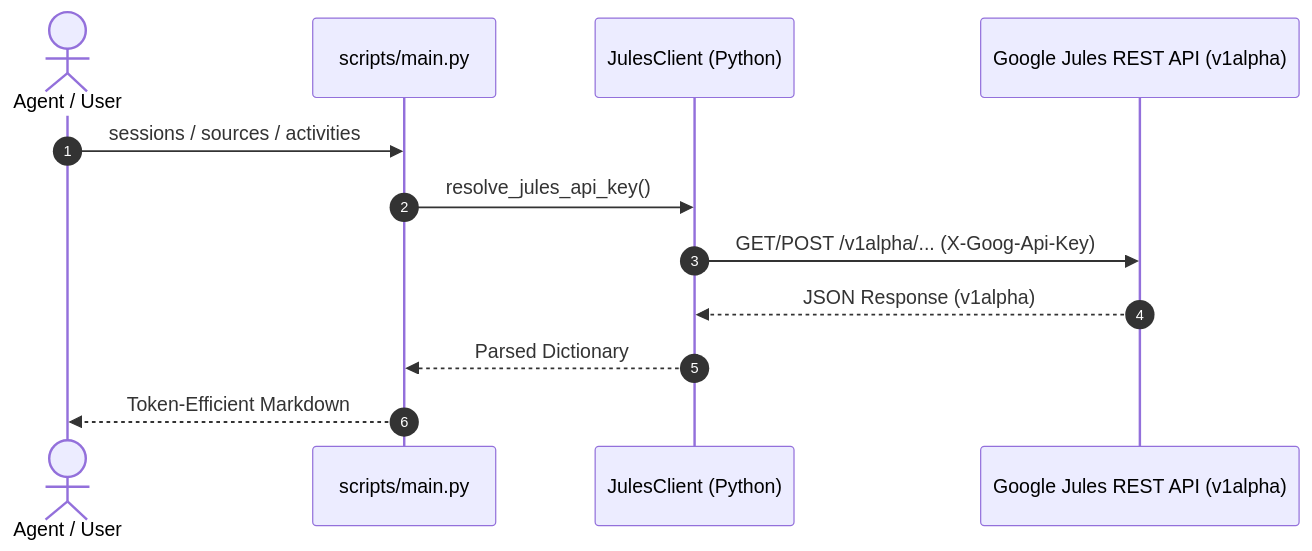
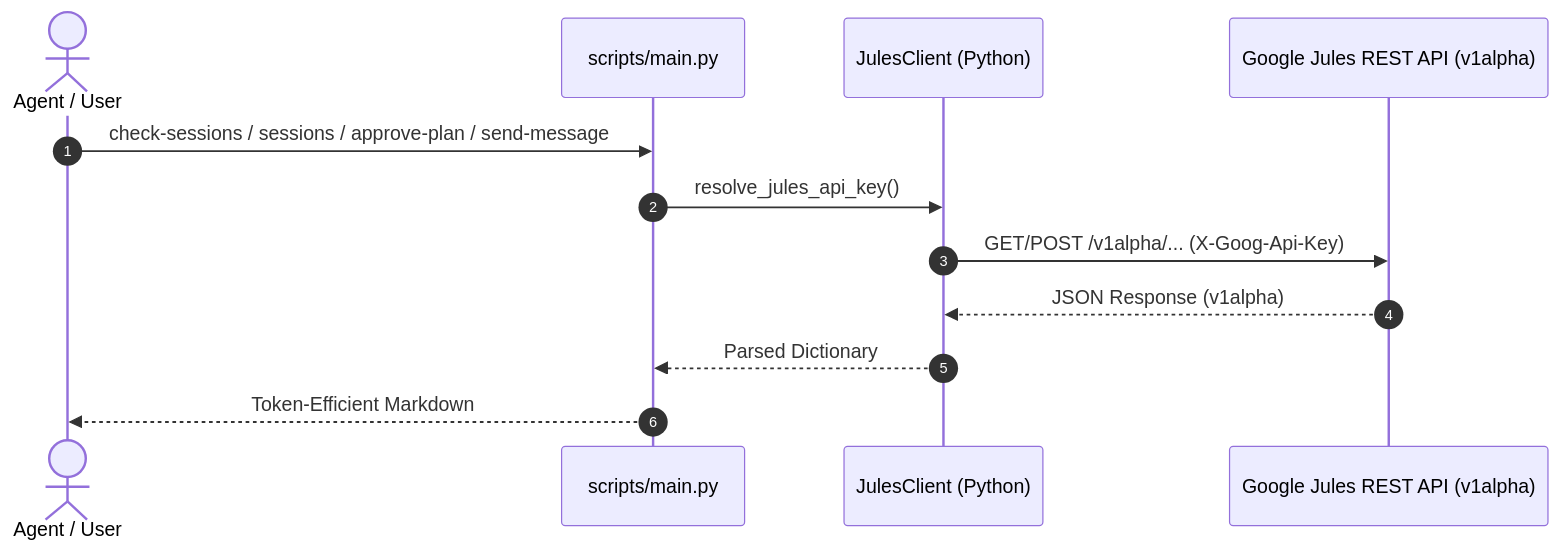
The diagram in .github/skills/google-jules-api/SKILL.md (warpcode/dotfiles), drawn with Mermaid before and after one commit. The commit also changed other lines of this file and 7 other files, not shown here.

````diff
--- a/.github/skills/google-jules-api/SKILL.md
+++ b/.github/skills/google-jules-api/SKILL.md
@@ -13,15 +18,15 @@
 ```mermaid
 sequenceDiagram
     autonumber
     actor User as Agent / User
     participant CLI as scripts/main.py
     participant Client as JulesClient (Python)
     participant Jules as Google Jules REST API (v1alpha)
 
-    User->>CLI: sessions / sources / activities
+    User->>CLI: check-sessions / sessions / approve-plan / send-message
     CLI->>Client: resolve_jules_api_key()
     Client->>Jules: GET/POST /v1alpha/... (X-Goog-Api-Key)
     Jules-->>Client: JSON Response (v1alpha)
     Client-->>CLI: Parsed Dictionary
     CLI-->>User: Token-Efficient Markdown
 ```
````
